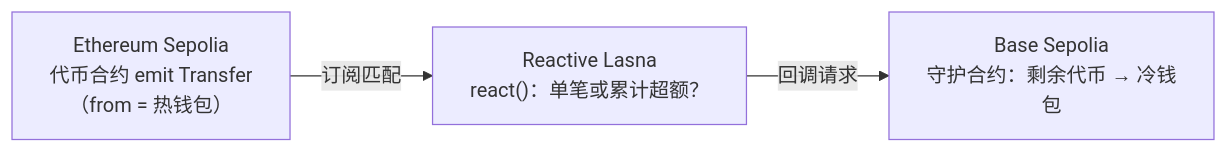
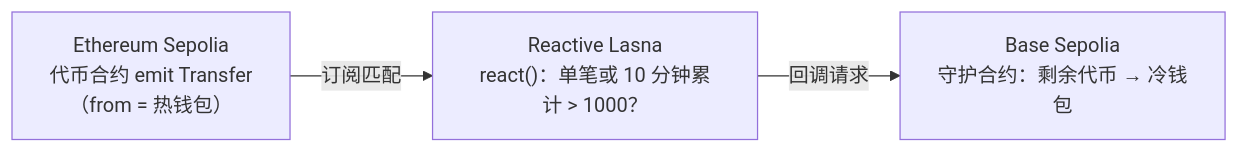
One commit to sgxy975-bit/reactive-builder-camp changed the diagram in notes/d1-use-case.md. Above: the diagram before and after it, drawn with Mermaid. The commit also changed other lines of this file, not shown here.

````diff
--- a/notes/d1-use-case.md
+++ b/notes/d1-use-case.md
@@ -37,5 +39,5 @@
 ```mermaid
 flowchart LR
-    A["Ethereum Sepolia<br/>代币合约 emit Transfer<br/>（from = 热钱包）"] -->|订阅匹配| B["Reactive Lasna<br/>react()：单笔或累计超额？"]
+    A["Ethereum Sepolia<br/>代币合约 emit Transfer<br/>（from = 热钱包）"] -->|订阅匹配| B["Reactive Lasna<br/>react()：单笔或 10 分钟累计 > 1000？"]
     B -->|回调请求| C["Base Sepolia<br/>守护合约：剩余代币 → 冷钱包"]
 ```
````
